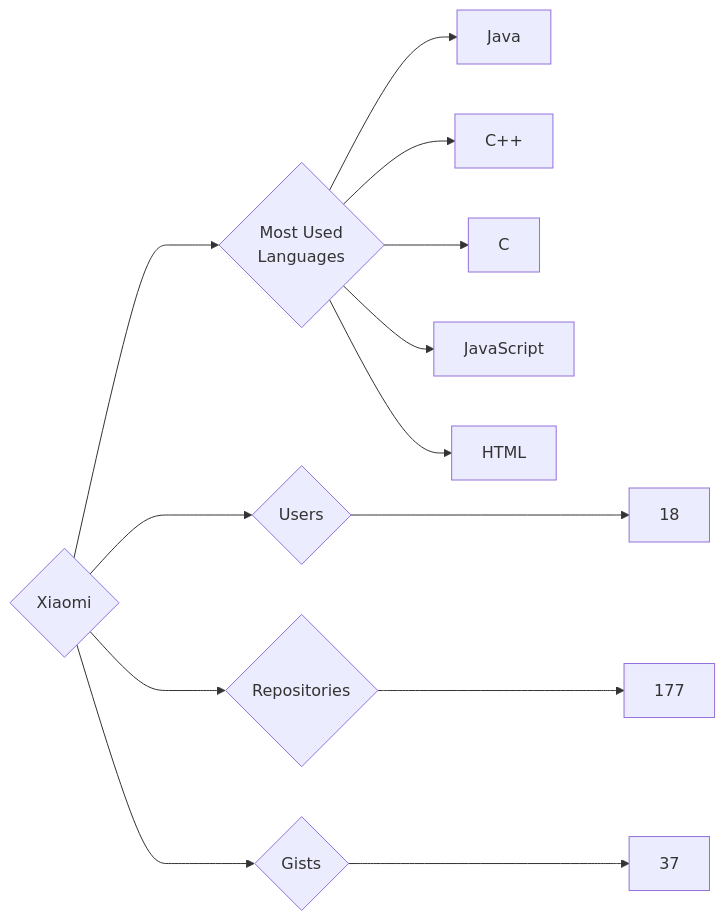
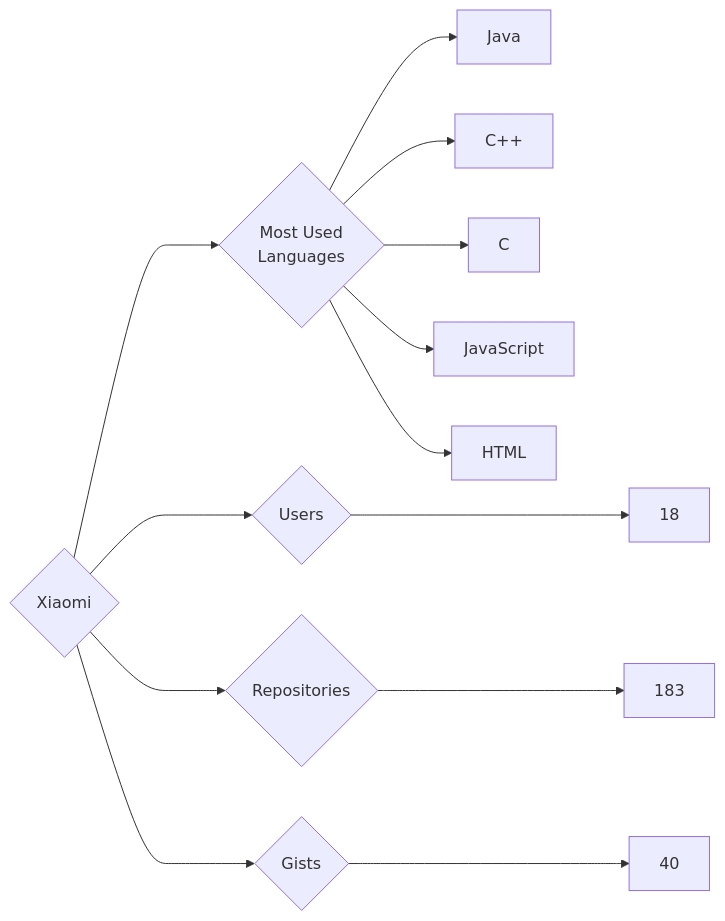
One commit to trickest/insiders changed the diagram in targets/Xiaomi/README.md. Above: the diagram before and after it, drawn with Mermaid. The commit also changed 976 other files, not shown here.

````diff
--- a/targets/Xiaomi/README.md
+++ b/targets/Xiaomi/README.md
@@ -3,13 +3,13 @@
 ```mermaid
 graph LR
 COMPANY_NAME{Xiaomi}
 COMPANY_NAME ---> U{Users} ---> UN[18]
-COMPANY_NAME ---> R{Repositories} ---> RN[177]
-COMPANY_NAME ---> G{Gists} ---> GN[37]
+COMPANY_NAME ---> R{Repositories} ---> RN[183]
+COMPANY_NAME ---> G{Gists} ---> GN[40]
 COMPANY_NAME ---> ML{Most Used<br>Languages}
 ML --> Java[Java]
 ML --> C++[C++]
 ML --> C[C]
 ML --> JavaScript[JavaScript]
 ML --> HTML[HTML]
 ```
````
